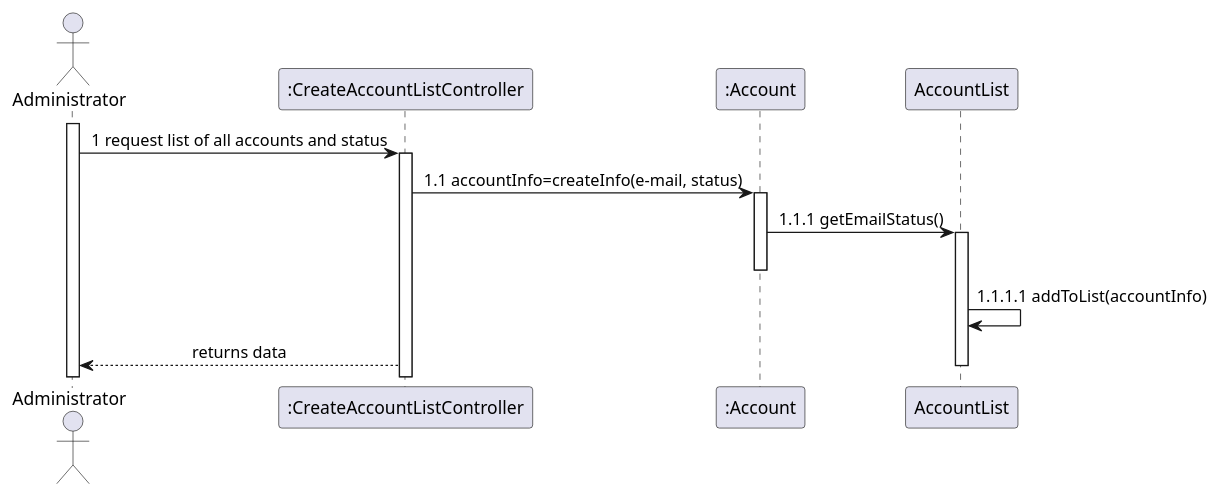
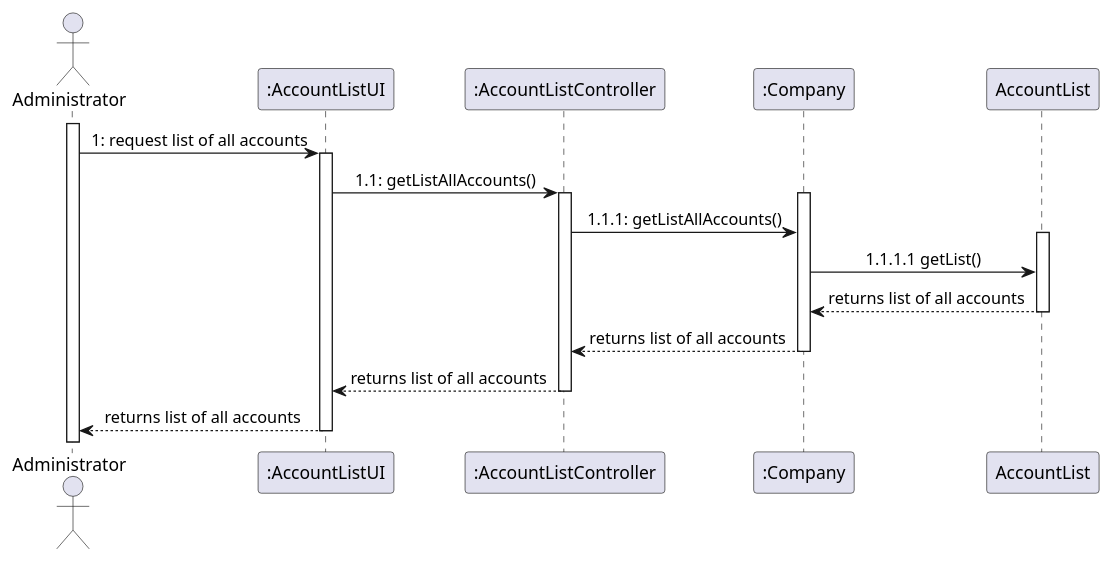
Before and after one commit to Loracline/project_switch_22-23: the diagram in docs/modelling_design/user_stories/us004/US004_Sequence_Diagram.puml, drawn with PlantUML.

Commit message:
US004 : Design : Updated Sequence Diagram (Use Case: TO LIST ALL ACCOUNTS).

```diff
--- a/docs/modelling_design/user_stories/us004/US004_Sequence_Diagram.puml
+++ b/docs/modelling_design/user_stories/us004/US004_Sequence_Diagram.puml
@@ -1,21 +1,27 @@
 @startuml
 
 skinparam sequenceMessageAlign center
 actor "Administrator"
-participant ":CreateAccountListController" as cal
-participant ":Account" as acc
-participant "AccountList" as acclist
+participant ":AccountListUI" as ui
+participant ":AccountListController" as cal
+participant ":Company" as ca
+participant AccountList as ac
 
-activate Administrator
-Administrator -> cal: 1 request list of all accounts and status
+activate "Administrator"
+"Administrator" -> ui: 1: request list of all accounts
+activate ui
+ui -> cal: 1.1: getListAllAccounts()
 activate cal
-cal -> acc: 1.1 accountInfo=createInfo(e-mail, status)
-activate acc
-acc -> acclist: 1.1.1 getEmailStatus()
-activate acclist
-deactivate acc
-acclist -> acclist: 1.1.1.1 addToList(accountInfo)
-cal --> Administrator: returns data
-deactivate acclist
-
+activate ca
+cal -> ca: 1.1.1: getListAllAccounts()
+activate ac
+ca -> ac: 1.1.1.1 getList()
+ac --> ca :returns list of all accounts
+deactivate ac
+ca --> cal :returns list of all accounts
+deactivate ca
+cal --> ui :returns list of all accounts
+deactivate cal
+ui --> "Administrator": returns list of all accounts
+deactivate ui
 @enduml
```
